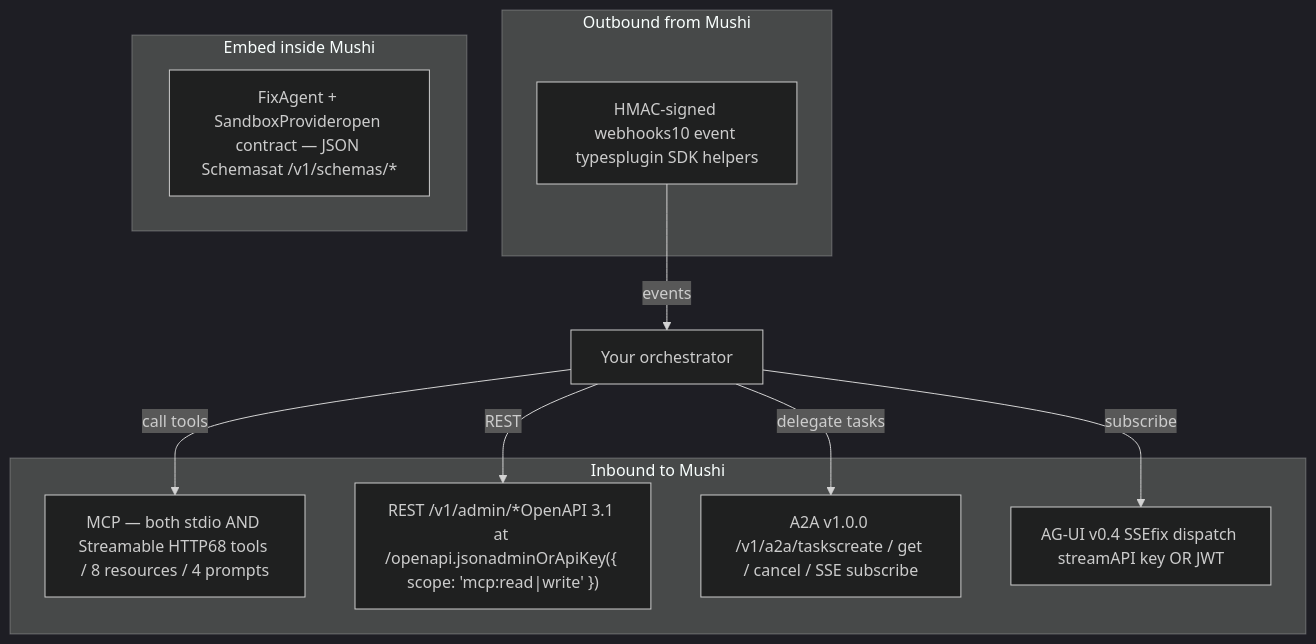
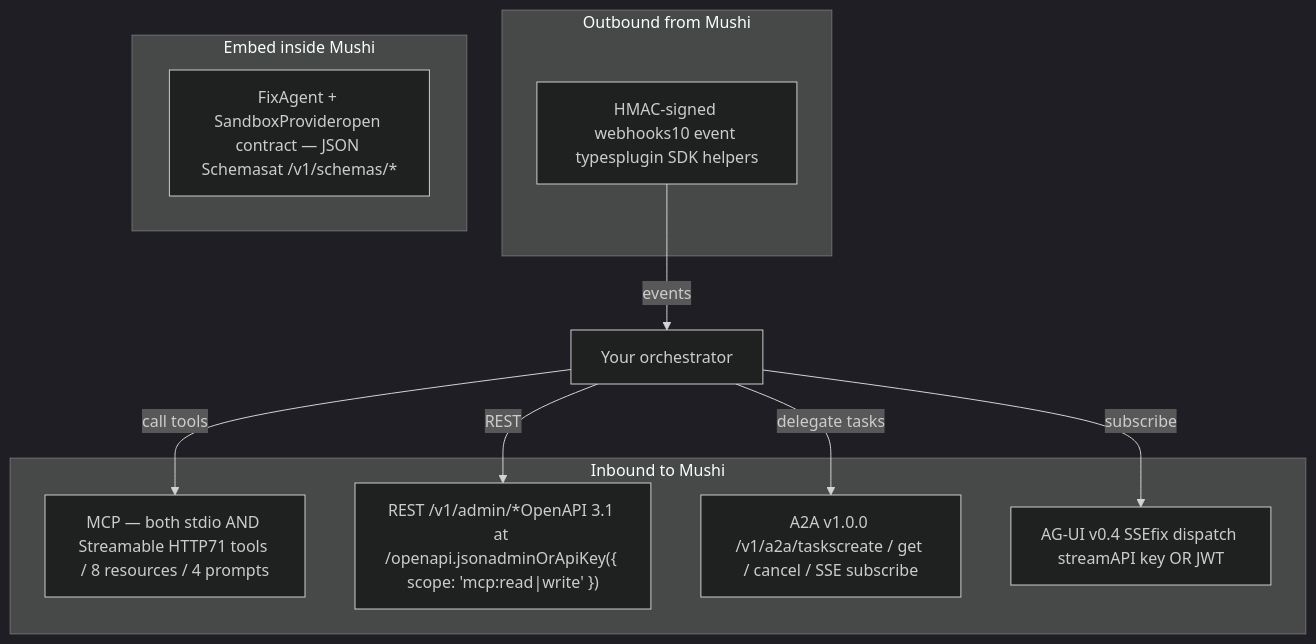
The diagram in apps/docs/public/llm-md/concepts/orchestrator-interop.md (kensaurus/mushi-mushi), drawn with Mermaid (dark theme) before and after one commit. The commit also changed other lines of this file and 105 other files, not shown here.

````diff
--- a/apps/docs/public/llm-md/concepts/orchestrator-interop.md
+++ b/apps/docs/public/llm-md/concepts/orchestrator-interop.md
@@ -33,20 +33,20 @@
 ```mermaid
 flowchart TB
   subgraph Inbound["Inbound to Mushi"]
-    MCP["MCP — both stdio AND Streamable HTTP68 tools / 8 resources / 4 prompts"]
+    MCP["MCP — both stdio AND Streamable HTTP71 tools / 8 resources / 4 prompts"]
     REST["REST /v1/admin/*OpenAPI 3.1 at /openapi.jsonadminOrApiKey({ scope: 'mcp:read|write' })"]
     A2A["A2A v1.0.0 /v1/a2a/taskscreate / get / cancel / SSE subscribe"]
     AGUI["AG-UI v0.4 SSEfix dispatch streamAPI key OR JWT"]
   end
   subgraph Outbound["Outbound from Mushi"]
     Hooks["HMAC-signed webhooks10 event typesplugin SDK helpers"]
   end
   subgraph Native["Embed inside Mushi"]
     FA["FixAgent + SandboxProvideropen contract — JSON Schemasat /v1/schemas/*"]
   end
   Orch["Your orchestrator"] -->|"call tools"| MCP
   Orch -->|"REST"| REST
   Orch -->|"delegate tasks"| A2A
   Orch -->|"subscribe"| AGUI
   Hooks -->|"events"| Orch
 ```
````
